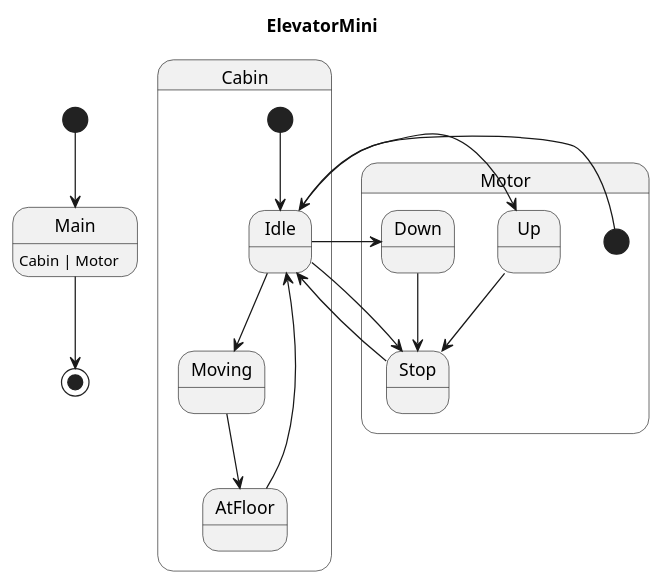
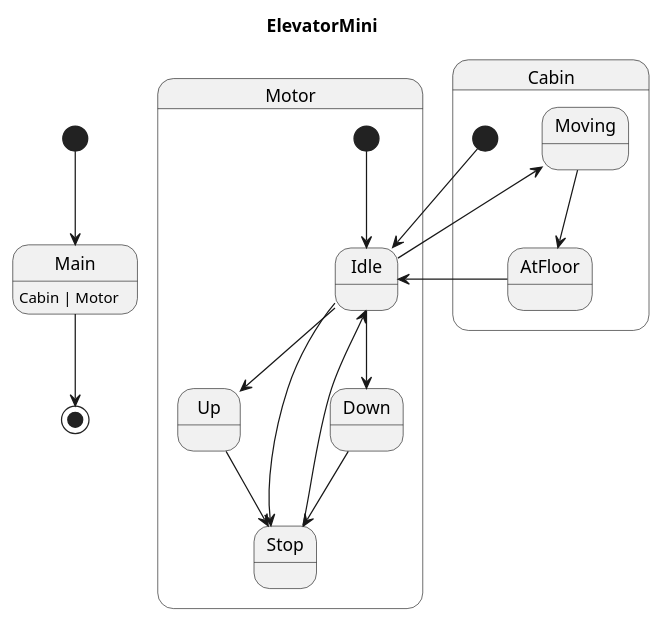
One commit to Pastor/Takt changed the diagram in examples/generated/plantuml/elevator_mini.puml. Above: the diagram before and after it, drawn with PlantUML. The commit also changed other lines of this file and 15 other files, not shown here.

```diff
--- a/examples/generated/plantuml/elevator_mini.puml
+++ b/examples/generated/plantuml/elevator_mini.puml
@@ -1,25 +1,25 @@
 @startuml
 title ElevatorMini
 
 [*] --> Main
 Main : Cabin | Motor
 Main --> [*]
+
+state Motor {
+    [*] --> Idle
+    Up --> Stop
+    Down --> Stop
+    Stop --> Idle
+    Idle --> Up
+    Idle --> Down
+    Idle --> Stop
+}
 
 state Cabin {
     [*] --> Idle
     Idle --> Moving
     AtFloor --> Idle
     Moving --> AtFloor
 }
 
-state Motor {
-    [*] --> Idle
-    Idle --> Up
-    Idle --> Down
-    Idle --> Stop
-    Down --> Stop
-    Up --> Stop
-    Stop --> Idle
-}
-
 @enduml
```
